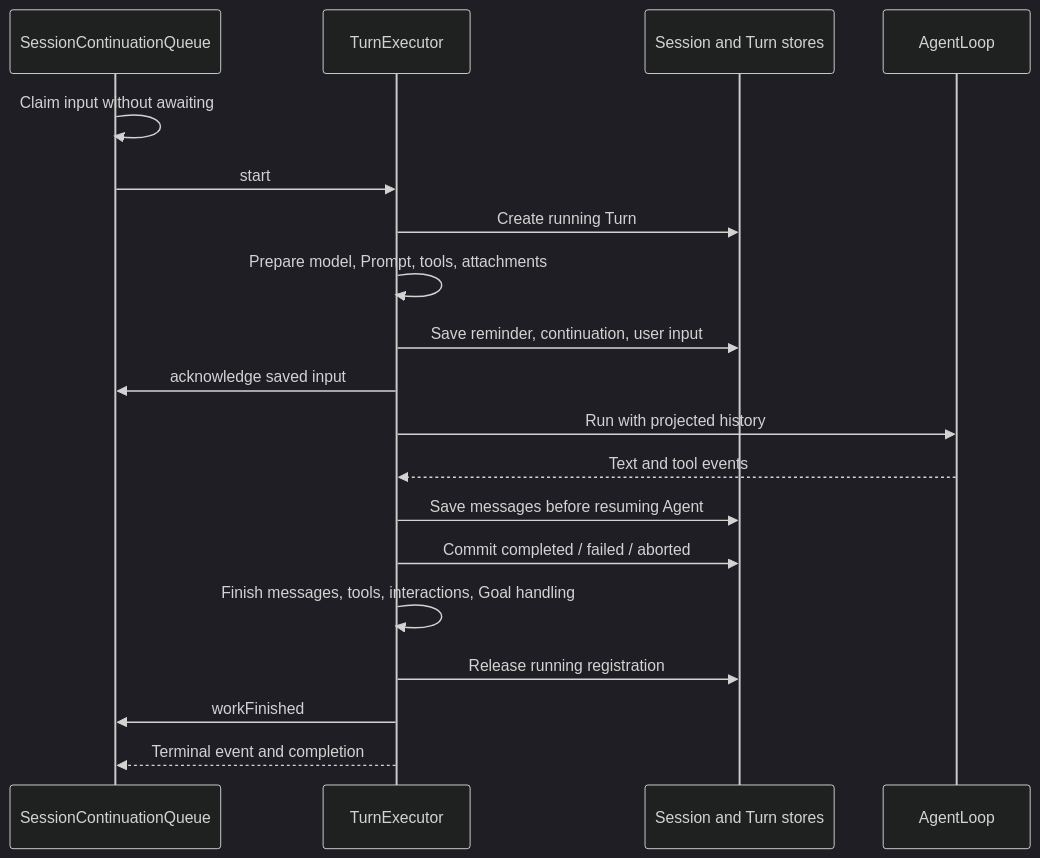
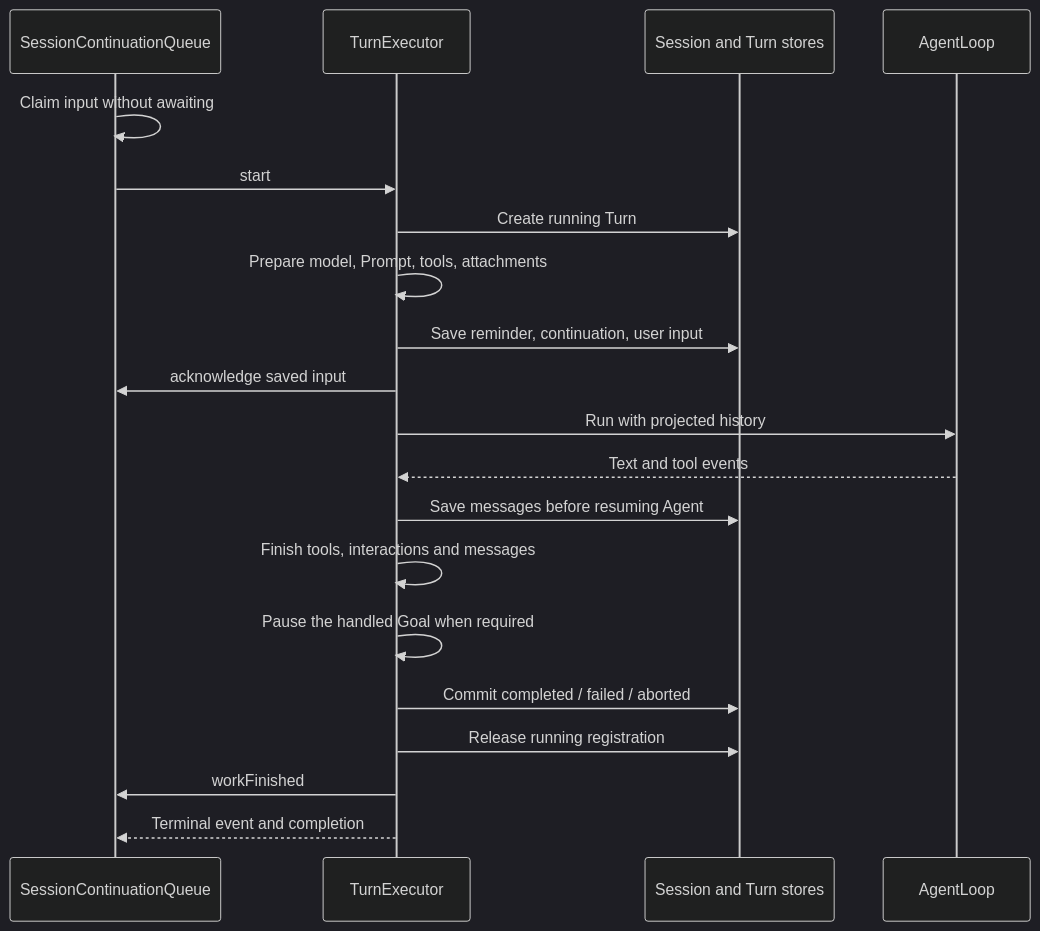
One commit to chengyuZou/EmaAgent changed the diagram in src/turn/README.md. Above: the diagram before and after it, drawn with Mermaid (dark theme). The commit also changed other lines of this file and 87 other files, not shown here.

````diff
--- a/src/turn/README.md
+++ b/src/turn/README.md
@@ -11,21 +11,22 @@
 ```mermaid
 sequenceDiagram
   participant Queue as SessionContinuationQueue
   participant Turn as TurnExecutor
   participant SQL as Session and Turn stores
   participant Agent as AgentLoop
   Queue->>Queue: Claim input without awaiting
   Queue->>Turn: start
   Turn->>SQL: Create running Turn
   Turn->>Turn: Prepare model, Prompt, tools, attachments
   Turn->>SQL: Save reminder, continuation, user input
   Turn->>Queue: acknowledge saved input
   Turn->>Agent: Run with projected history
   Agent-->>Turn: Text and tool events
   Turn->>SQL: Save messages before resuming Agent
+  Turn->>Turn: Finish tools, interactions and messages
+  Turn->>Turn: Pause the handled Goal when required
   Turn->>SQL: Commit completed / failed / aborted
-  Turn->>Turn: Finish messages, tools, interactions, Goal handling
   Turn->>SQL: Release running registration
   Turn->>Queue: workFinished
   Turn-->>Queue: Terminal event and completion
 ```
````
